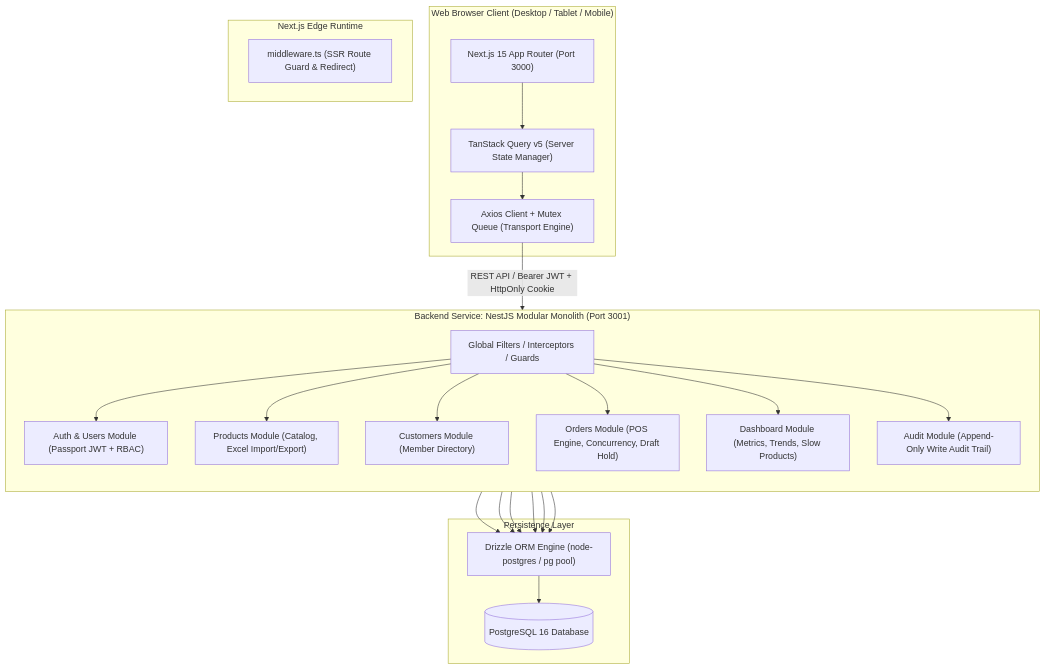
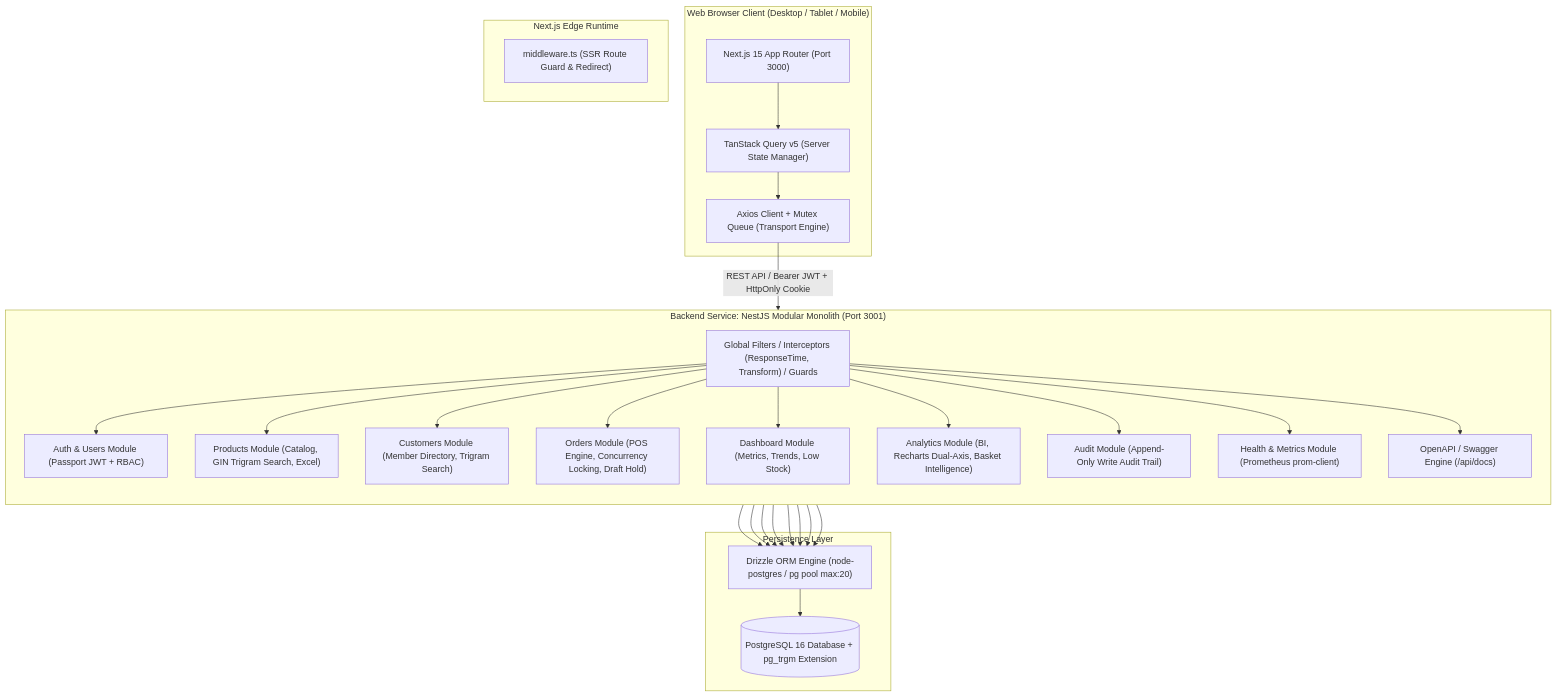
The first of 4 diagrams in docs/architecture/ARCHITECTURE.md (fprtm/titipin), drawn with Mermaid before and after one commit. The commit also changed other lines of this file and 4 other files, not shown here.

Commit message:
docs(architecture): document BI analytics, GIN trigram indexing, Prometheus observability and ADRs

````diff
--- a/docs/architecture/ARCHITECTURE.md
+++ b/docs/architecture/ARCHITECTURE.md
@@ -20,46 +20,54 @@
 ```mermaid
 graph TD
     subgraph Browser ["Web Browser Client (Desktop / Tablet / Mobile)"]
         UI["Next.js 15 App Router (Port 3000)"]
         TQ["TanStack Query v5 (Server State Manager)"]
         AX["Axios Client + Mutex Queue (Transport Engine)"]
         UI --> TQ
         TQ --> AX
     end
 
     subgraph Edge ["Next.js Edge Runtime"]
         MW["middleware.ts (SSR Route Guard & Redirect)"]
     end
 
     subgraph BackendService ["Backend Service: NestJS Modular Monolith (Port 3001)"]
         direction TB
-        GW["Global Filters / Interceptors / Guards"]
+        GW["Global Filters / Interceptors (ResponseTime, Transform) / Guards"]
         AUTH["Auth & Users Module (Passport JWT + RBAC)"]
-        PRD["Products Module (Catalog, Excel Import/Export)"]
-        CST["Customers Module (Member Directory)"]
-        ORD["Orders Module (POS Engine, Concurrency, Draft Hold)"]
-        DSH["Dashboard Module (Metrics, Trends, Slow Products)"]
+        PRD["Products Module (Catalog, GIN Trigram Search, Excel)"]
+        CST["Customers Module (Member Directory, Trigram Search)"]
+        ORD["Orders Module (POS Engine, Concurrency Locking, Draft Hold)"]
+        DSH["Dashboard Module (Metrics, Trends, Low Stock)"]
+        ANL["Analytics Module (BI, Recharts Dual-Axis, Basket Intelligence)"]
         AUD["Audit Module (Append-Only Write Audit Trail)"]
+        HLT["Health & Metrics Module (Prometheus prom-client)"]
+        SWG["OpenAPI / Swagger Engine (/api/docs)"]
 
         GW --> AUTH
         GW --> PRD
         GW --> CST
         GW --> ORD
         GW --> DSH
+        GW --> ANL
         GW --> AUD
+        GW --> HLT
+        GW --> SWG
     end
 
     subgraph DataStore ["Persistence Layer"]
-        PG[("PostgreSQL 16 Database")]
-        DRZ["Drizzle ORM Engine (node-postgres / pg pool)"]
+        PG[("PostgreSQL 16 Database + pg_trgm Extension")]
+        DRZ["Drizzle ORM Engine (node-postgres / pg pool max:20)"]
     end
 
     AX -- "REST API / Bearer JWT + HttpOnly Cookie" --> GW
     AUTH --> DRZ
     PRD --> DRZ
     CST --> DRZ
     ORD --> DRZ
     DSH --> DRZ
+    ANL --> DRZ
     AUD --> DRZ
+    HLT --> DRZ
     DRZ --> PG
 ```
````
